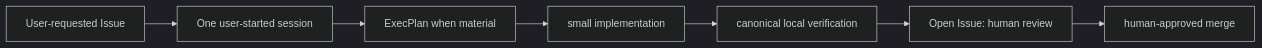
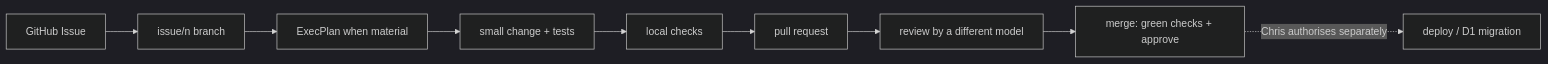
The diagram in docs/workflows/DEVELOPMENT_WORKFLOW.md (successbycs/ShortList), drawn with Mermaid (dark theme) before and after one commit. The commit also changed other lines of this file and 174 other files, not shown here.

````diff
--- a/docs/workflows/DEVELOPMENT_WORKFLOW.md
+++ b/docs/workflows/DEVELOPMENT_WORKFLOW.md
@@ -7,9 +7,11 @@
 ```mermaid
 flowchart LR
-  Issue[User-requested Issue] --> Active[One user-started session]
-  Active --> Plan[ExecPlan when material]
-  Plan --> Change[small implementation]
-  Change --> Verify[canonical local verification]
-  Verify --> HumanReview[Open Issue: human review]
-  HumanReview --> Merge[human-approved merge]
+  Issue[GitHub Issue] --> Branch[issue/n branch]
+  Branch --> Plan[ExecPlan when material]
+  Plan --> Change[small change + tests]
+  Change --> Verify[local checks]
+  Verify --> PR[pull request]
+  PR --> Review[review by a different model]
+  Review --> Merge[merge: green checks + approve]
+  Merge -. Chris authorises separately .-> Deploy[deploy / D1 migration]
 ```
````
